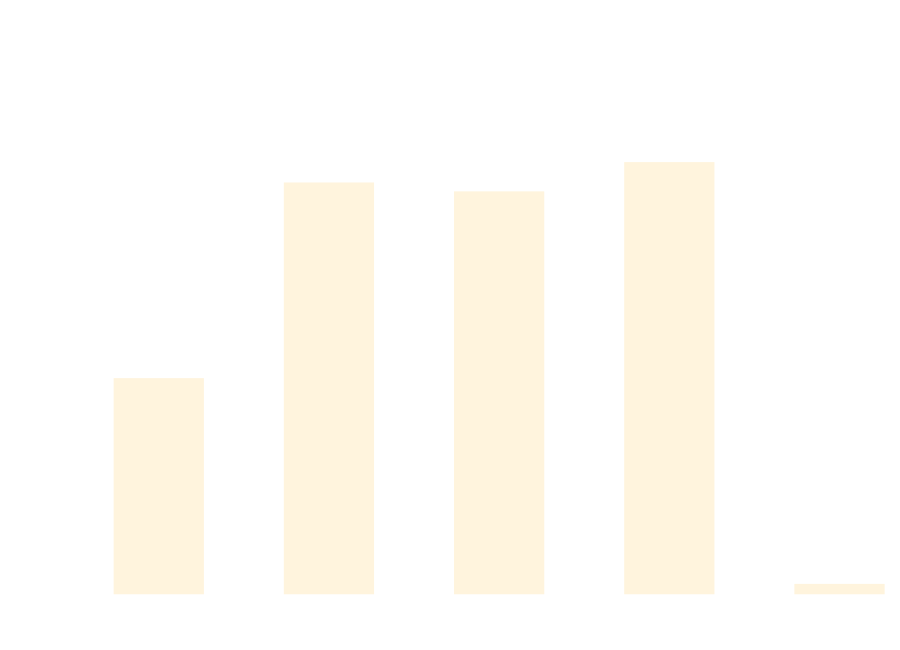
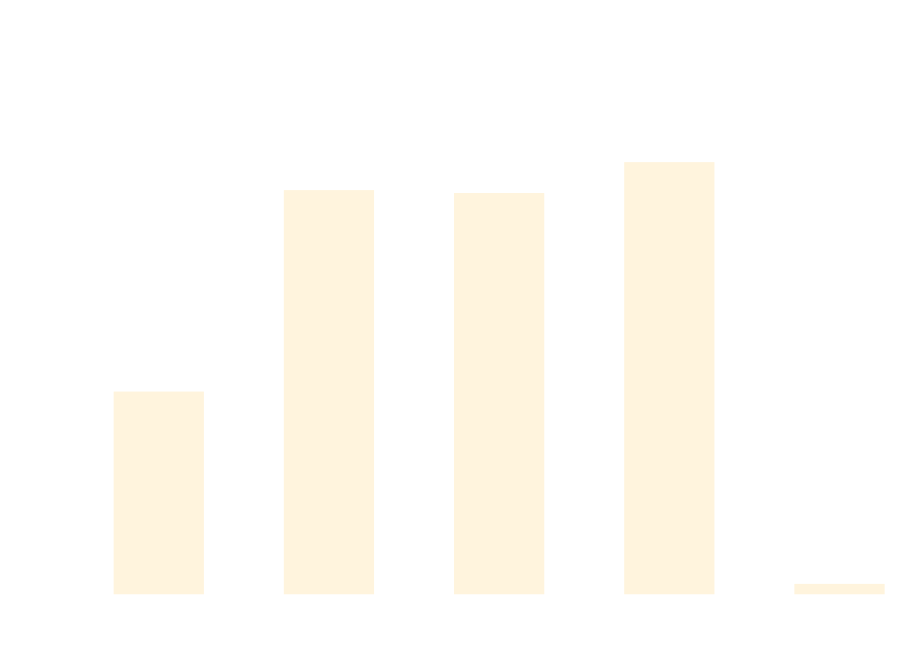
One commit to thomhurst/TUnit changed the diagram in docs/docs/benchmarks/SetupTeardownTests.md. Above: the diagram before and after it, drawn with Mermaid. The commit also changed other lines of this file and 17 other files, not shown here.

````diff
--- a/docs/docs/benchmarks/SetupTeardownTests.md
+++ b/docs/docs/benchmarks/SetupTeardownTests.md
@@ -27,37 +27,37 @@
 ```mermaid
 %%{init: {
   'theme':'base',
   'themeVariables': {
     'primaryColor': '#2563eb',
     'primaryTextColor': '#ffffff',
     'primaryBorderColor': '#1e40af',
     'lineColor': '#6b7280',
     'secondaryColor': '#7c3aed',
     'tertiaryColor': '#dc2626',
     'background': '#ffffff',
     'mainBkg': '#2563eb',
     'secondBkg': '#7c3aed',
     'tertiaryBkg': '#dc2626',
     'clusterBkg': '#f3f4f6',
     'edgeLabelBackground': '#ffffff',
     'tertiaryTextColor': '#1f2937',
     'pie1': '#2563eb',
     'pie2': '#7c3aed',
     'pie3': '#dc2626',
     'pie4': '#f59e0b',
     'pie5': '#10b981',
     'pie6': '#06b6d4',
     'pie7': '#ec4899',
     'pie8': '#6366f1',
     'pie9': '#84cc16',
     'pie10': '#f97316',
     'pie11': '#14b8a6',
     'pie12': '#a855f7'
   }
 }}%%
 xychart-beta
   title "SetupTeardownTests Performance Comparison"
   x-axis ["TUnit", "NUnit", "MSTest", "xUnit3", "TUnit_AOT"]
-  y-axis "Time (ms)" 0 --> 1472
-  bar [598.2, 1167.1, 1141.3, 1226.4, 0]
+  y-axis "Time (ms)" 0 --> 1500
+  bar [569.8, 1166.7, 1158.1, 1249.6, 0]
 ```
````
